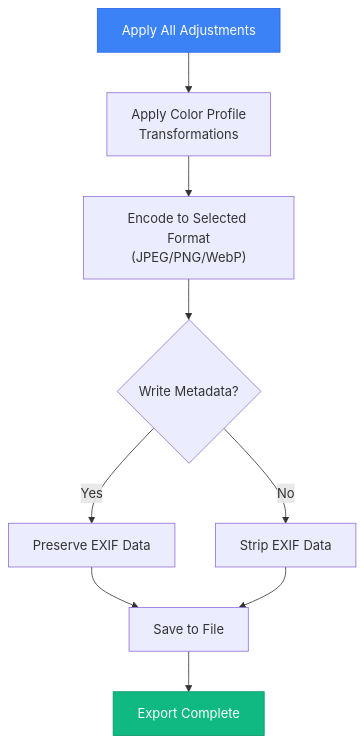
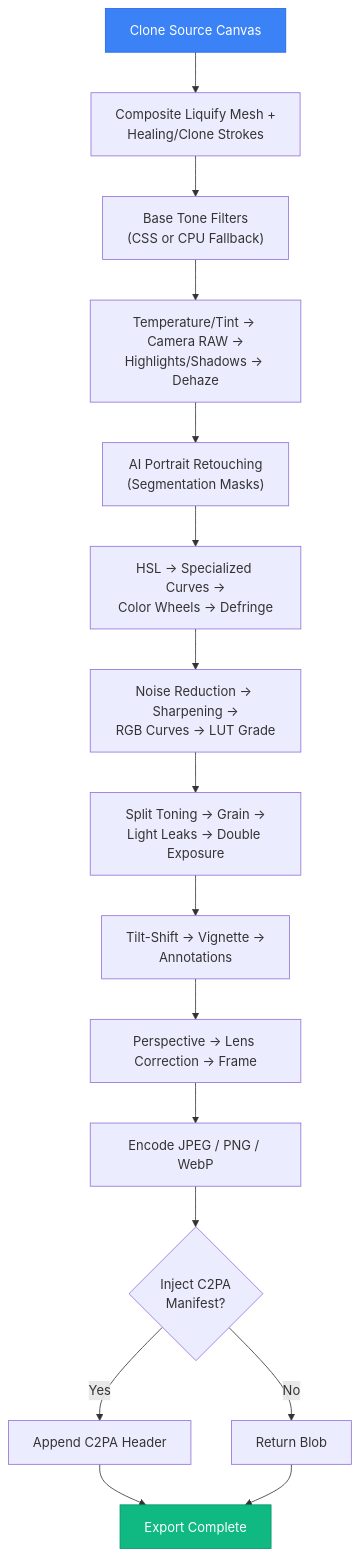
The second of 2 diagrams in docs/IMAGE_EDITOR.md (VardhmanSurana/Prism), drawn with Mermaid before and after one commit. The commit also changed other lines of this file, not shown here.

````diff
--- a/docs/IMAGE_EDITOR.md
+++ b/docs/IMAGE_EDITOR.md
@@ -186,16 +222,21 @@
 ```mermaid
 flowchart TD
-    A["Apply All Adjustments"] --> B["Apply Color Profile
-Transformations"]
-    B --> C["Encode to Selected Format
-(JPEG/PNG/WebP)"]
-    C --> D{"Write Metadata?"}
-    D -->|Yes| E["Preserve EXIF Data"]
-    D -->|No| F["Strip EXIF Data"]
-    E --> G["Save to File"]
-    F --> G
-    G --> H["Export Complete"]
+    A["Clone Source Canvas"] --> B["Composite Liquify Mesh +<br/>Healing/Clone Strokes"]
+    B --> C["Base Tone Filters<br/>(CSS or CPU Fallback)"]
+    C --> D["Temperature/Tint → Camera RAW →<br/>Highlights/Shadows → Dehaze"]
+    D --> E["AI Portrait Retouching<br/>(Segmentation Masks)"]
+    E --> F["HSL → Specialized Curves →<br/>Color Wheels → Defringe"]
+    F --> G["Noise Reduction → Sharpening →<br/>RGB Curves → LUT Grade"]
+    G --> H["Split Toning → Grain →<br/>Light Leaks → Double Exposure"]
+    H --> I["Tilt-Shift → Vignette →<br/>Annotations"]
+    I --> J["Perspective → Lens Correction → Frame"]
+    J --> K["Encode JPEG / PNG / WebP"]
+    K --> L{"Inject C2PA<br/>Manifest?"}
+    L -->|Yes| M["Append C2PA Header"]
+    L -->|No| N["Return Blob"]
+    M --> O["Export Complete"]
+    N --> O
 
     style A fill:#3b82f6,stroke:#2563eb,color:#fff
-    style H fill:#10b981,stroke:#059669,color:#fff
+    style O fill:#10b981,stroke:#059669,color:#fff
 ```
````
